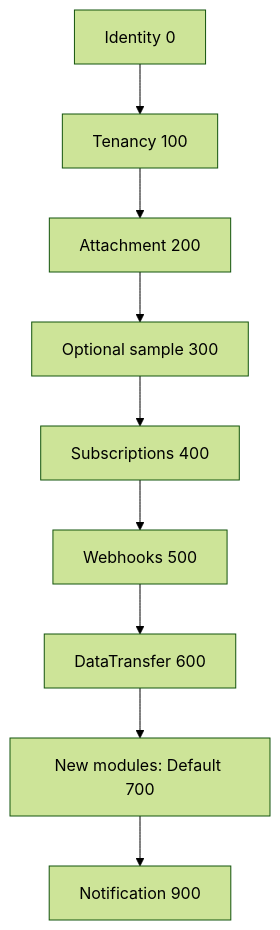
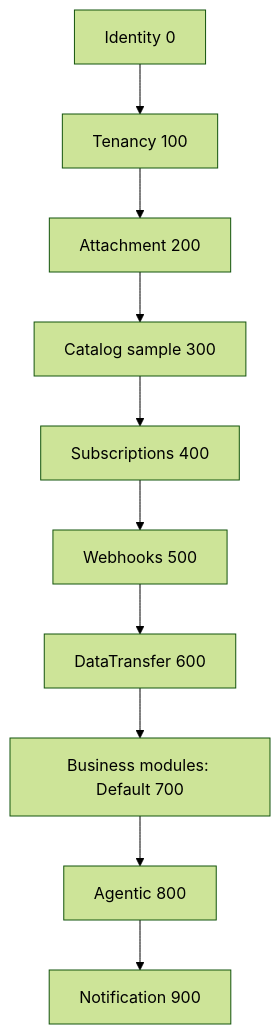
Before and after one commit to mhasabalah/StarterKit: the fifth of 5 diagrams in wiki/Architecture/Overview.md, drawn with Mermaid (forest theme). The commit also changed other lines of this file and 152 other files, not shown here.

Commit message:
feat(docs): add Fumadocs V2 and standardize diagrams

````diff
--- a/wiki/Architecture/Overview.md
+++ b/wiki/Architecture/Overview.md
@@ -211,6 +224,11 @@
 ```mermaid
 flowchart TB
+  accTitle: Module initialization order
+  accDescr: ModuleOrder initializes the platform before new modules and Notification last.
   I[Identity 0] --> T[Tenancy 100] --> A[Attachment 200]
-  A --> C[Optional sample 300] --> S[Subscriptions 400] --> W[Webhooks 500]
-  W --> D[DataTransfer 600] --> M[New modules: Default 700] --> N[Notification 900]
+  A --> C[Catalog sample 300] --> S[Subscriptions 400]
+  S --> W[Webhooks 500] --> D[DataTransfer 600]
+  D --> M[Business modules: Default 700]
+  M --> G[Agentic 800] --> N[Notification 900]
+  class I,T,A,C,S,W,D,M,G,N application
 ```
````
